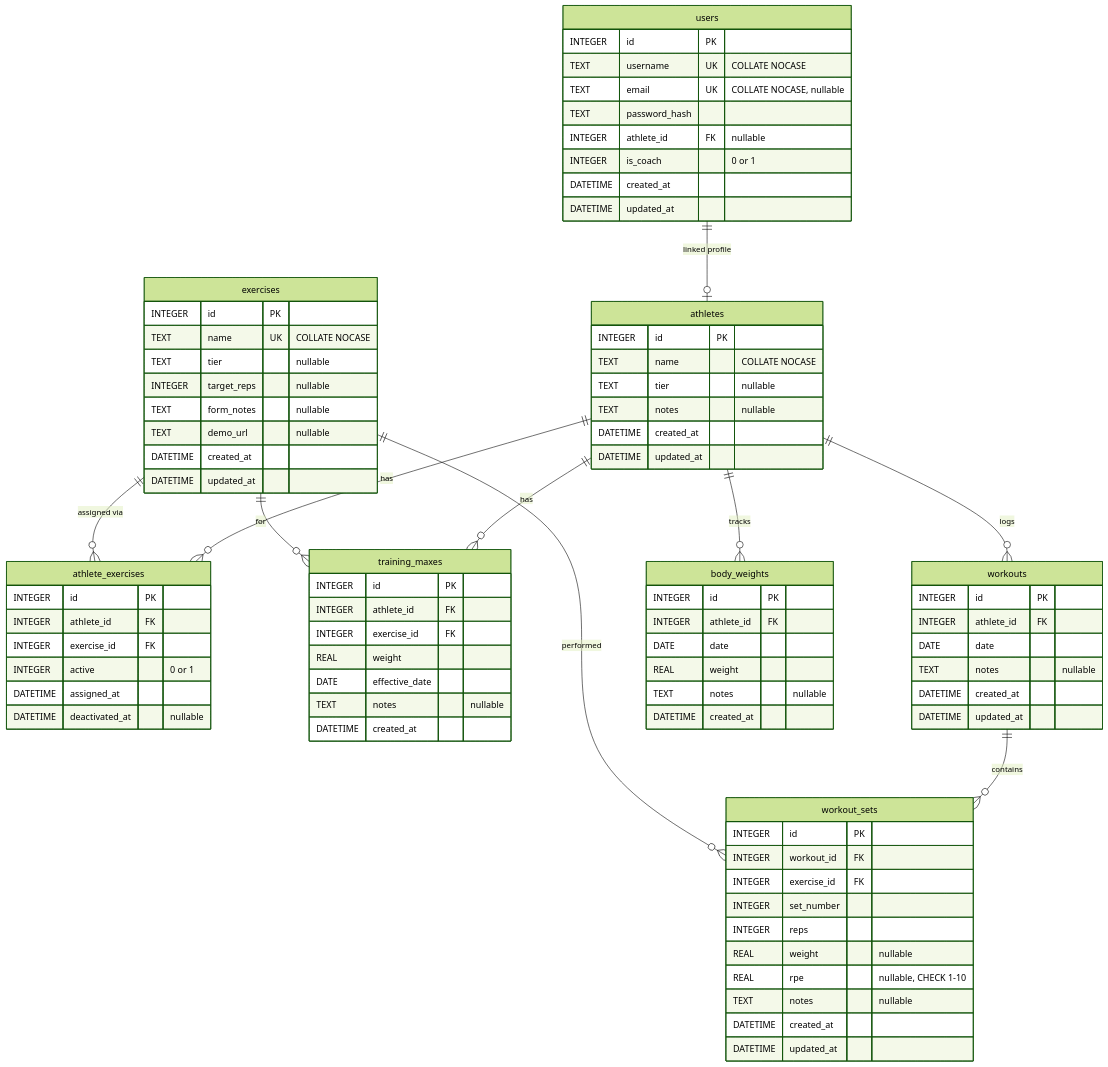
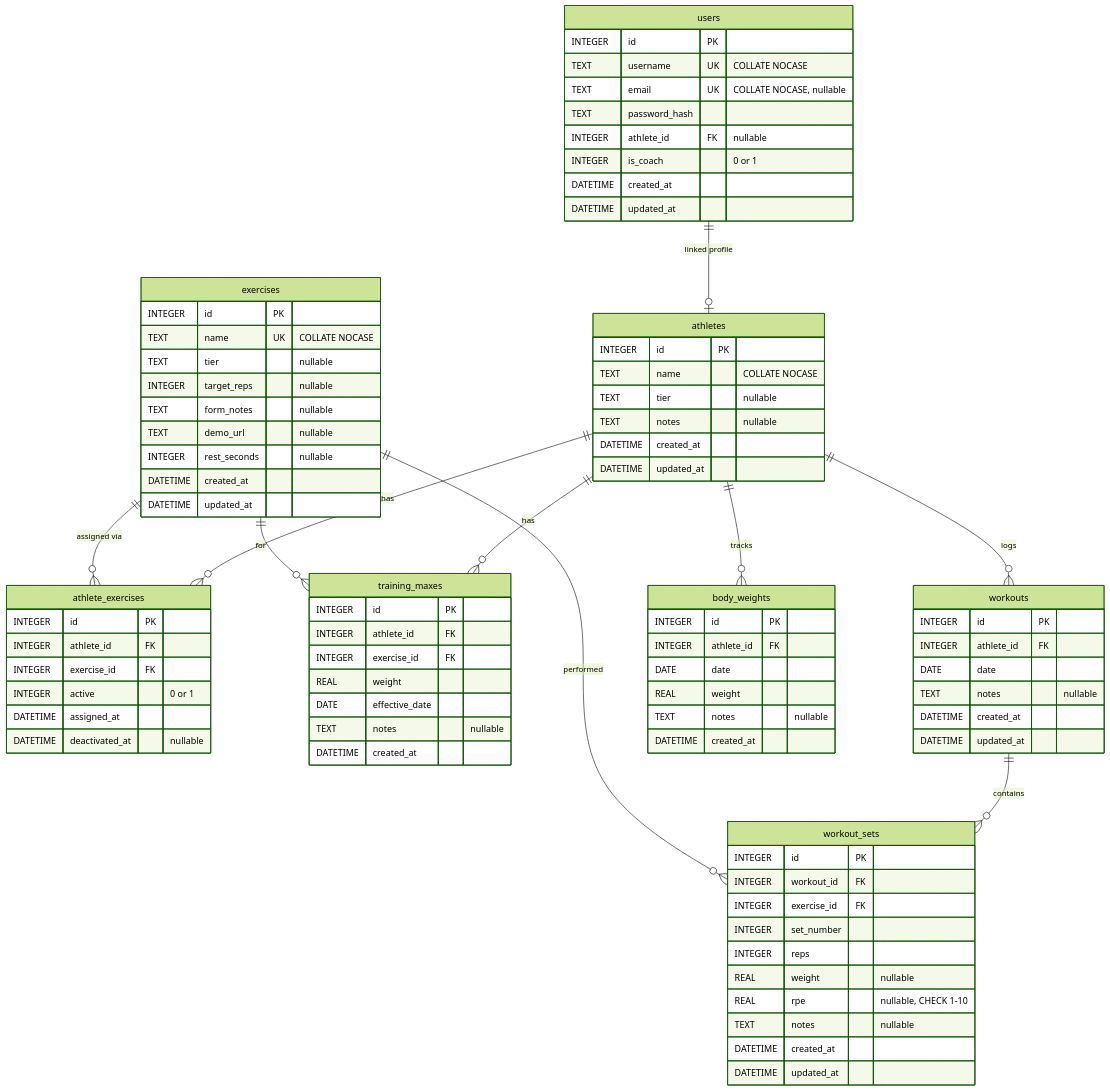
The diagram in docs/data-model.md (carpenike/replog), drawn with Mermaid (forest theme) before and after one commit. The commit also changed other lines of this file and 22 other files, not shown here.

```diff
--- a/docs/data-model.md
+++ b/docs/data-model.md
@@ -59,6 +59,7 @@
         INTEGER target_reps "nullable"
         TEXT form_notes "nullable"
         TEXT demo_url "nullable"
+        INTEGER rest_seconds "nullable"
         DATETIME created_at
         DATETIME updated_at
     }
```
